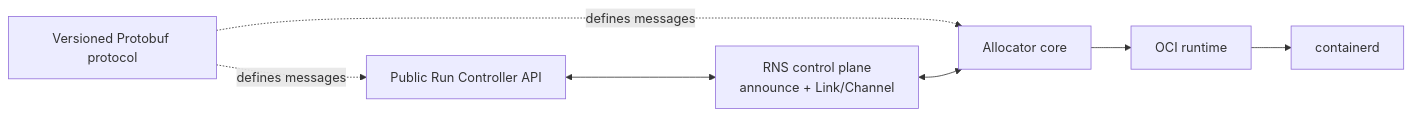
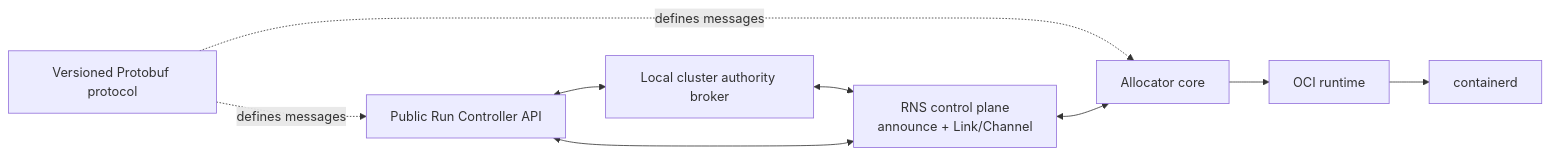
One commit to mytecor/r1s changed the first of 2 diagrams in ARCHITECTURE.md. Above: the diagram before and after it, drawn with Mermaid. The commit also changed other lines of this file and 23 other files, not shown here.

````diff
--- a/ARCHITECTURE.md
+++ b/ARCHITECTURE.md
@@ -26,16 +26,19 @@
 ```mermaid
 flowchart LR
     Protocol[Versioned Protobuf protocol]
     Client[Public Run Controller API]
+    Broker[Local cluster authority broker]
     Fabric[RNS control plane<br/>announce + Link/Channel]
     Allocator[Allocator core]
     Runtime[OCI runtime]
     Containerd[containerd]
 
     Protocol -. defines messages .-> Client
     Protocol -. defines messages .-> Allocator
+    Client <--> Broker
+    Broker <--> Fabric
     Client <--> Fabric
     Fabric <--> Allocator
     Allocator --> Runtime
     Runtime --> Containerd
 ```
````
